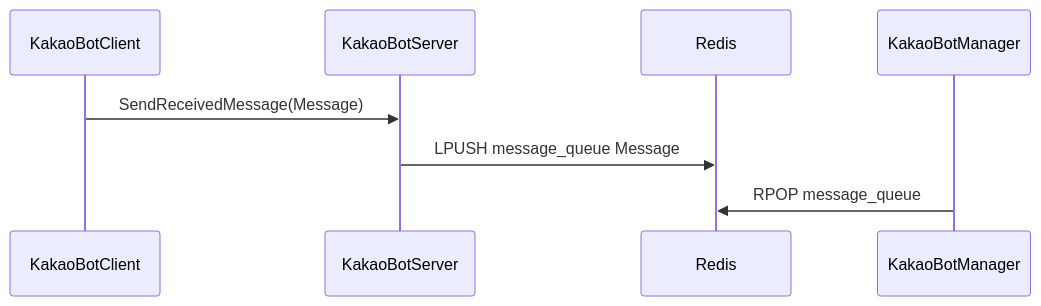
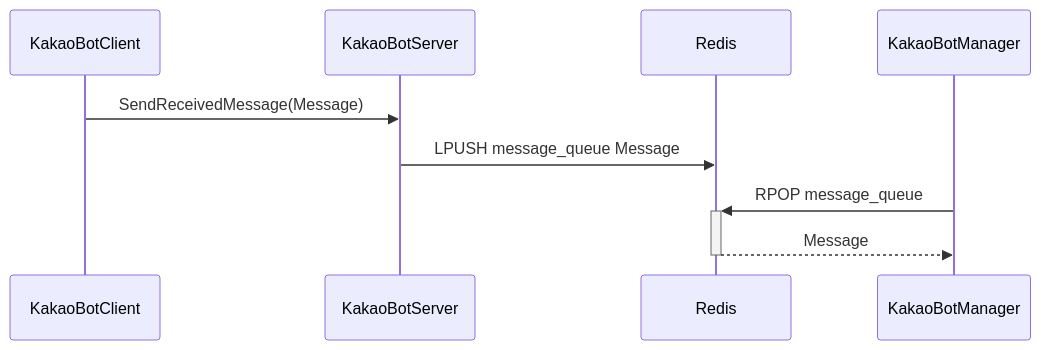
The second of 3 diagrams in README.md (cola314/KakaoBotServer), drawn with Mermaid before and after one commit.

Commit message:
docs:클라이언트에서 서버로 메시지 전송시 다이어그램 수정

````diff
--- a/README.md
+++ b/README.md
@@ -67,10 +67,11 @@
 ```mermaid
 sequenceDiagram
     participant KakaoBotClient
     participant KakaoBotServer
     participant Redis
     participant KakaoBotManager
     KakaoBotClient->>KakaoBotServer: SendReceivedMessage(Message)
     KakaoBotServer->>Redis: LPUSH message_queue Message
-    KakaoBotManager->>Redis: RPOP message_queue
+    KakaoBotManager->>+Redis: RPOP message_queue
+    Redis-->>-KakaoBotManager: Message
 ```
````
